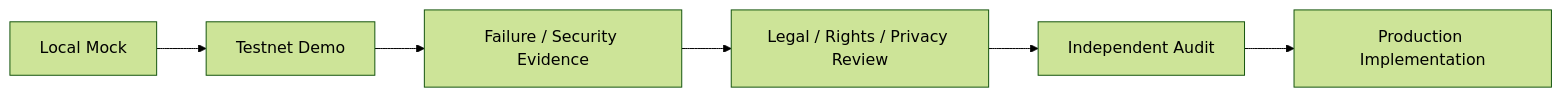
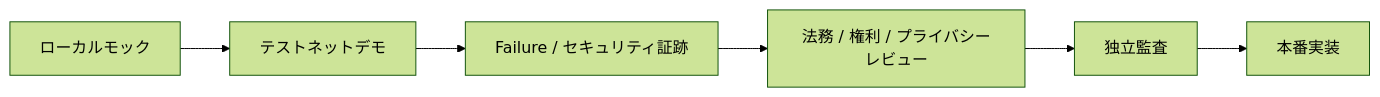
The ninth of 47 diagrams in docs/whitepaper/13-roadmap.md (ShigeichiroYamasaki/creator-first-platform), drawn with Mermaid (forest theme) before and after one commit. The commit also changed other lines of this file and 72 other files, not shown here.

````diff
--- a/docs/whitepaper/13-roadmap.md
+++ b/docs/whitepaper/13-roadmap.md
@@ -271,11 +271,11 @@
 ```mermaid
 flowchart LR
-    MOCK[Local Mock]
-    TESTNET[Testnet Demo]
-    EVIDENCE[Failure / Security Evidence]
-    REVIEW[Legal / Rights / Privacy Review]
-    AUDIT[Independent Audit]
-    PROD[Production Implementation]
+    MOCK[ローカルモック]
+    TESTNET[テストネットデモ]
+    EVIDENCE[Failure / セキュリティ証跡]
+    REVIEW[法務 / 権利 / プライバシーレビュー]
+    AUDIT[独立監査]
+    PROD[本番実装]
 
     MOCK --> TESTNET --> EVIDENCE --> REVIEW --> AUDIT --> PROD
 ```
````
